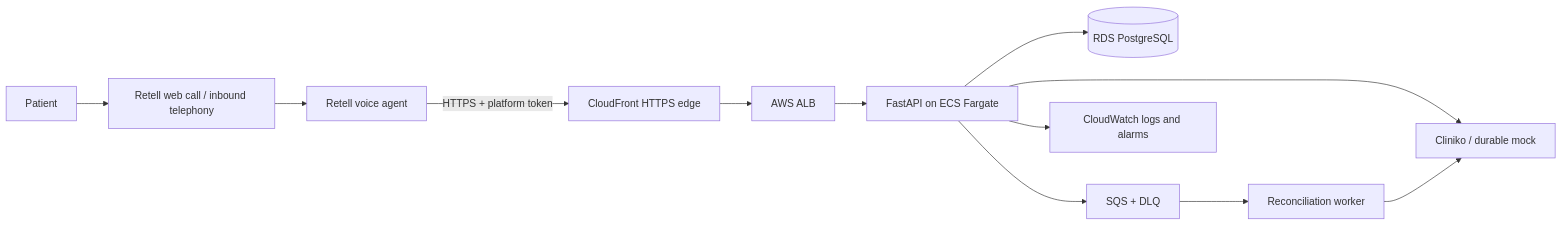
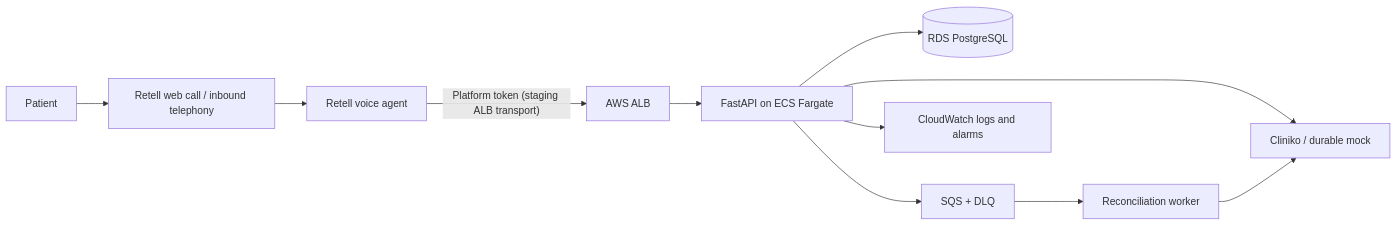
Before and after one commit to khushalkumar/2care-clinic-voice-agent: the diagram in README.md, drawn with Mermaid. The commit also changed other lines of this file and 4 other files, not shown here.

Commit message:
Use staging ALB for Retell tools

````diff
--- a/README.md
+++ b/README.md
@@ -40,14 +40,13 @@
 ```mermaid
 flowchart LR
     Caller["Patient"] --> Tel["Retell web call / inbound telephony"]
     Tel --> Voice["Retell voice agent"]
-    Voice -->|"HTTPS + platform token"| Edge["CloudFront HTTPS edge"]
-    Edge --> ALB["AWS ALB"]
+    Voice -->|"Platform token (staging ALB transport)"| ALB["AWS ALB"]
     ALB --> API["FastAPI on ECS Fargate"]
     API --> DB[("RDS PostgreSQL")]
     API --> PMS["Cliniko / durable mock"]
     API --> Queue["SQS + DLQ"]
     Queue --> Worker["Reconciliation worker"]
     Worker --> PMS
     API --> CW["CloudWatch logs and alarms"]
 ```
````
